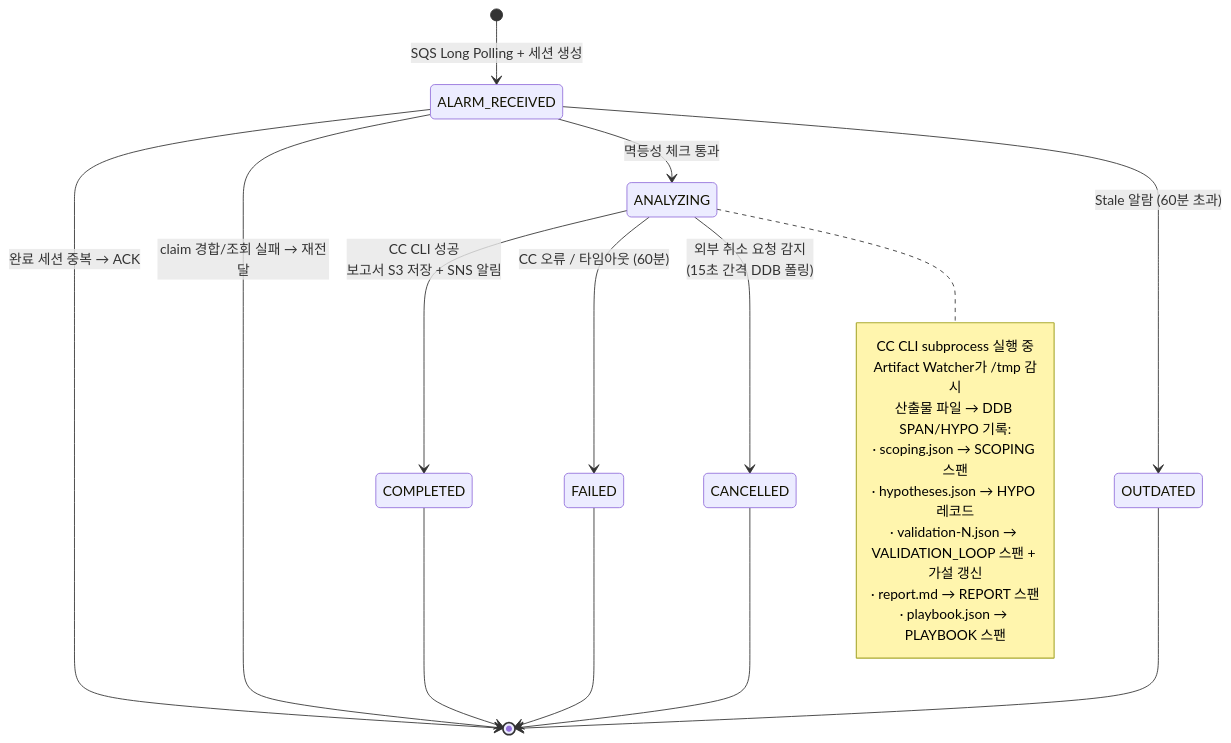
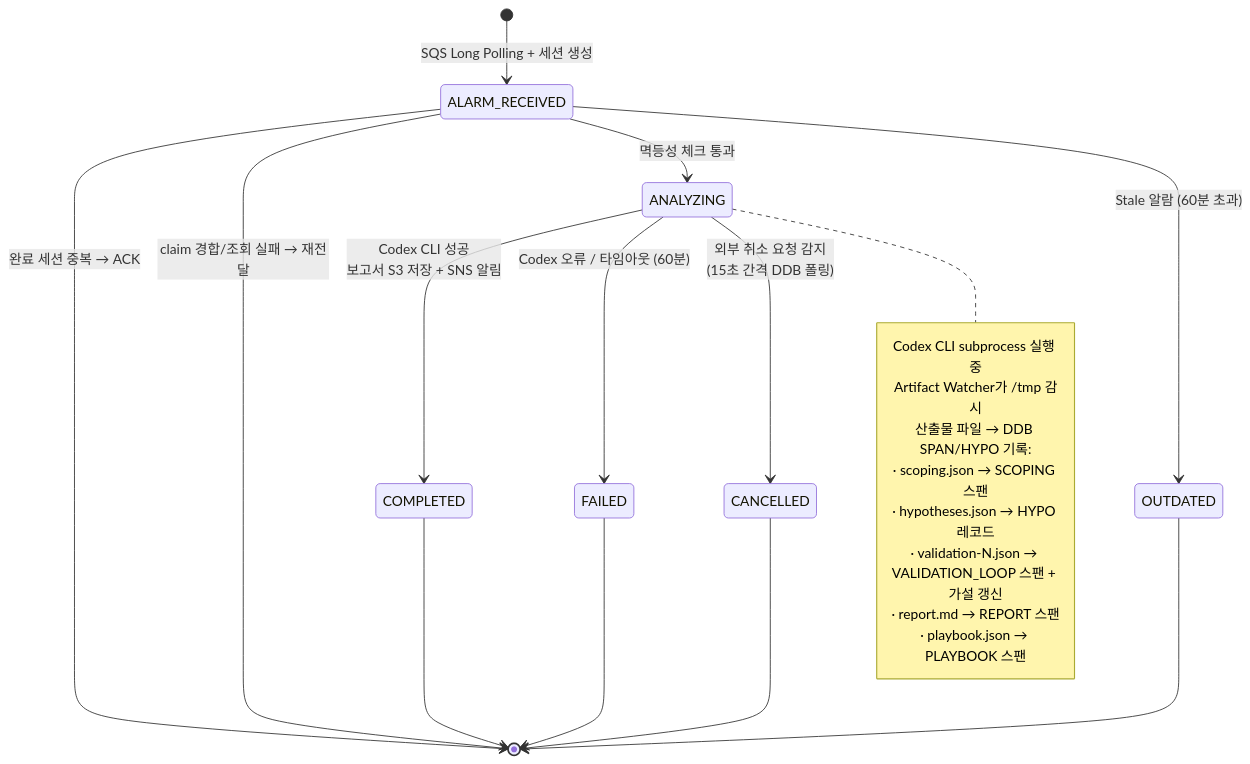
The fifth of 9 diagrams in docs/architecture-and-demo-flow.md (haandol/rca-agent), drawn with Mermaid before and after one commit. The commit also changed other lines of this file and 306 other files, not shown here.

````diff
--- a/docs/architecture-and-demo-flow.md
+++ b/docs/architecture-and-demo-flow.md
@@ -357,30 +357,30 @@
 ```mermaid
 stateDiagram-v2
     [*] --> ALARM_RECEIVED: SQS Long Polling + 세션 생성
 
     ALARM_RECEIVED --> [*]: 완료 세션 중복 → ACK
     ALARM_RECEIVED --> [*]: claim 경합/조회 실패 → 재전달
     ALARM_RECEIVED --> ANALYZING: 멱등성 체크 통과
     ALARM_RECEIVED --> OUTDATED: Stale 알람 (60분 초과)
 
-    ANALYZING --> COMPLETED: CC CLI 성공<br/>보고서 S3 저장 + SNS 알림
-    ANALYZING --> FAILED: CC 오류 / 타임아웃 (60분)
+    ANALYZING --> COMPLETED: Codex CLI 성공<br/>보고서 S3 저장 + SNS 알림
+    ANALYZING --> FAILED: Codex 오류 / 타임아웃 (60분)
     ANALYZING --> CANCELLED: 외부 취소 요청 감지<br/>(15초 간격 DDB 폴링)
 
     OUTDATED --> [*]
 
     note right of ANALYZING
-        CC CLI subprocess 실행 중
+        Codex CLI subprocess 실행 중
         Artifact Watcher가 /tmp 감시
         산출물 파일 → DDB SPAN/HYPO 기록:
         · scoping.json → SCOPING 스팬
         · hypotheses.json → HYPO 레코드
         · validation-N.json → VALIDATION_LOOP 스팬 + 가설 갱신
         · report.md → REPORT 스팬
         · playbook.json → PLAYBOOK 스팬
     end note
 
     COMPLETED --> [*]
     FAILED --> [*]
     CANCELLED --> [*]
 ```
````
